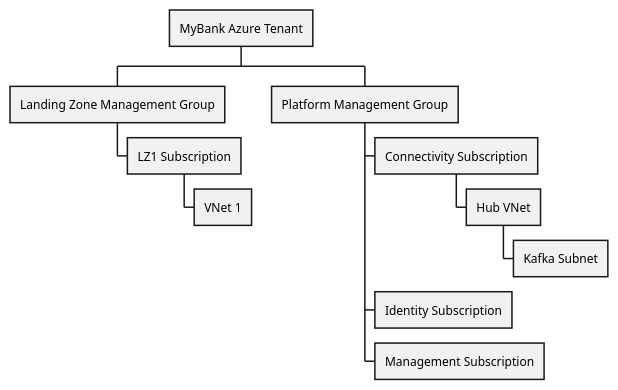
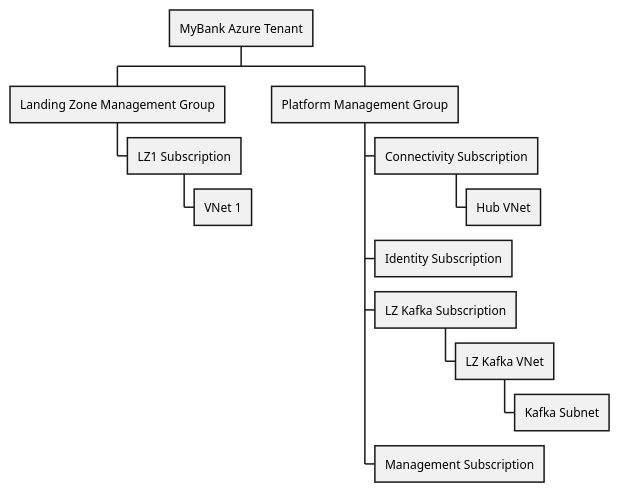
The diagram in docs/mybank/azure-deployment-structure-view.puml (soulspace-org/my-bank-model), drawn with PlantUML before and after one commit. The commit also changed 87 other files, not shown here.

```diff
--- a/docs/mybank/azure-deployment-structure-view.puml
+++ b/docs/mybank/azure-deployment-structure-view.puml
@@ -1,13 +1,15 @@
 @startwbs
 * MyBank Azure Tenant
 ** Landing Zone Management Group
 *** LZ1 Subscription
 **** VNet 1
 ** Platform Management Group
 *** Connectivity Subscription
 **** Hub VNet
+*** Identity Subscription
+*** LZ Kafka Subscription
+**** LZ Kafka VNet
 ***** Kafka Subnet
-*** Identity Subscription
 *** Management Subscription
 
 @endwbs
```
